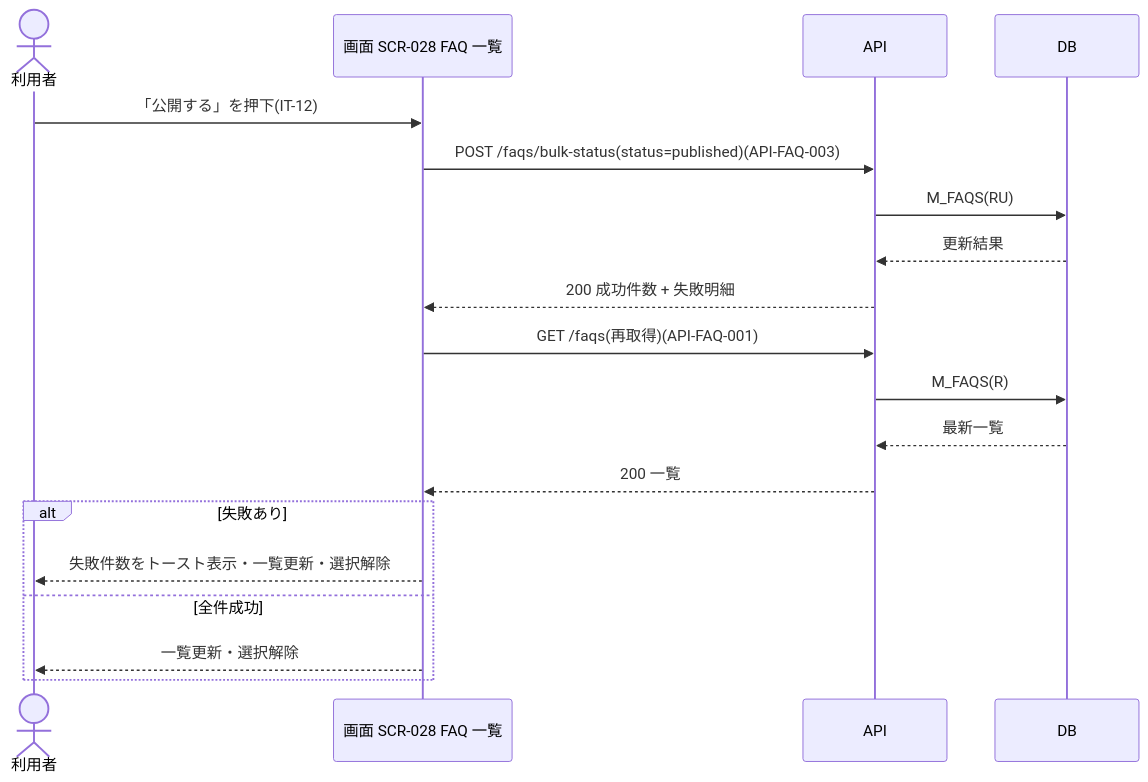
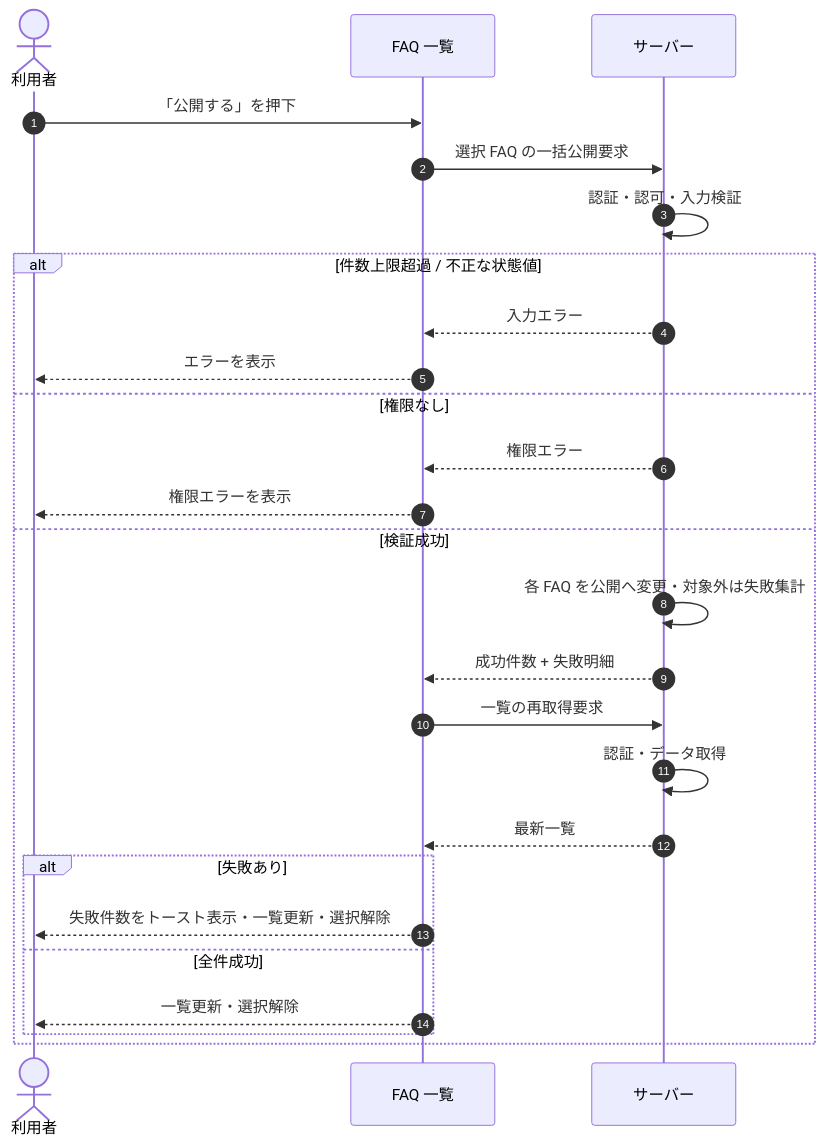
Before and after one commit to sikakou54/open-faq: the diagram in 02_basic_design/05_sequences/SEQ-028.md, drawn with Mermaid. The commit also changed other lines of this file and 108 other files, not shown here.

First line of the commit message:
基本設計: シーケンス図を基本設計粒度(ユーザー/画面/サーバー)へ再編成

````diff
--- a/02_basic_design/05_sequences/SEQ-028.md
+++ b/02_basic_design/05_sequences/SEQ-028.md
@@ -25,21 +32,28 @@
 ```mermaid
 sequenceDiagram
+  autonumber
   actor U as 利用者
-  participant S as 画面 SCR-028 FAQ 一覧
-  participant API as API
-  participant DB as DB
-  U->>S: 「公開する」を押下(IT-12)
-  S->>API: POST /faqs/bulk-status(status=published)(API-FAQ-003)
-  API->>DB: M_FAQS(RU)
-  DB-->>API: 更新結果
-  API-->>S: 200 成功件数 + 失敗明細
-  S->>API: GET /faqs(再取得)(API-FAQ-001)
-  API->>DB: M_FAQS(R)
-  DB-->>API: 最新一覧
-  API-->>S: 200 一覧
-  alt 失敗あり
-    S-->>U: 失敗件数をトースト表示・一覧更新・選択解除
-  else 全件成功
-    S-->>U: 一覧更新・選択解除
+  participant Screen as FAQ 一覧
+  participant Server as サーバー
+  U->>Screen: 「公開する」を押下
+  Screen->>Server: 選択 FAQ の一括公開要求
+  Server->>Server: 認証・認可・入力検証
+  alt 件数上限超過 / 不正な状態値
+    Server-->>Screen: 入力エラー
+    Screen-->>U: エラーを表示
+  else 権限なし
+    Server-->>Screen: 権限エラー
+    Screen-->>U: 権限エラーを表示
+  else 検証成功
+    Server->>Server: 各 FAQ を公開へ変更・対象外は失敗集計
+    Server-->>Screen: 成功件数 + 失敗明細
+    Screen->>Server: 一覧の再取得要求
+    Server->>Server: 認証・データ取得
+    Server-->>Screen: 最新一覧
+    alt 失敗あり
+      Screen-->>U: 失敗件数をトースト表示・一覧更新・選択解除
+    else 全件成功
+      Screen-->>U: 一覧更新・選択解除
+    end
   end
 ```
````
